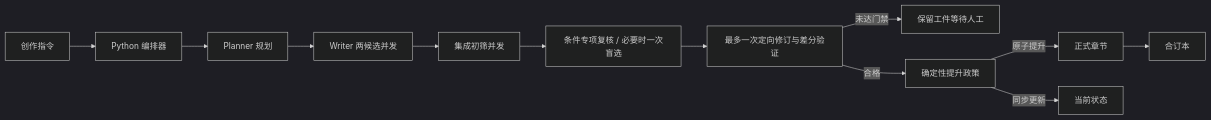
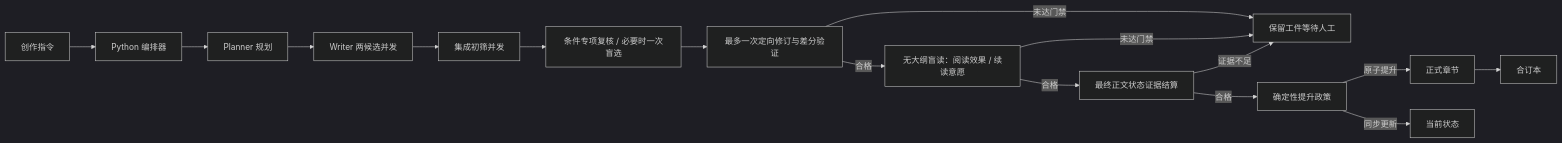
One commit to cyanrbt/novel-prequel changed the diagram in README.md. Above: the diagram before and after it, drawn with Mermaid (dark theme). The commit also changed other lines of this file and 58 other files, not shown here.

````diff
--- a/README.md
+++ b/README.md
@@ -26,14 +27,18 @@
 ```mermaid
 flowchart LR
     U[创作指令] --> O[Python 编排器]
     O --> P[Planner 规划]
     P --> W[Writer 两候选并发]
     W --> R[集成初筛并发]
     R --> B[条件专项复核 / 必要时一次盲选]
     B --> V[最多一次定向修订与差分验证]
     V -->|未达门禁| H[保留工件等待人工]
-    V -->|合格| G[确定性提升政策]
+    V -->|合格| T[无大纲盲读：阅读效果 / 续读意愿]
+    T -->|合格| E[最终正文状态证据结算]
+    T -->|未达门禁| H
+    E -->|证据不足| H
+    E -->|合格| G[确定性提升政策]
     G -->|原子提升| C[正式章节]
     G -->|同步更新| S[当前状态]
     C --> M[合订本]
 ```
````
